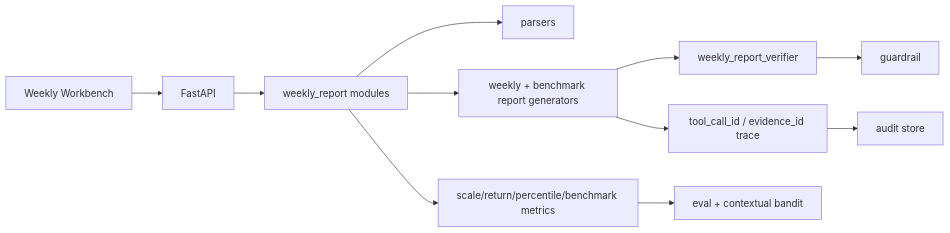
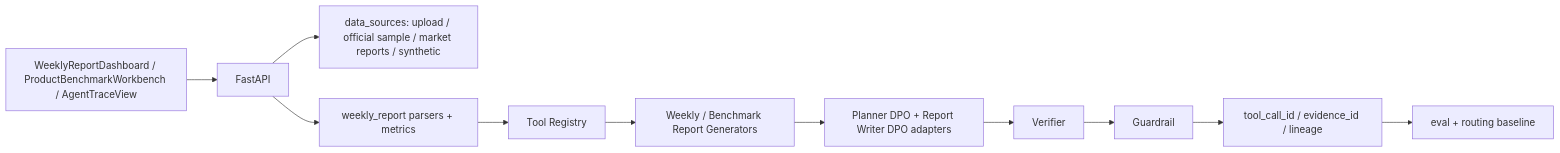
Before and after one commit to cxy-peter/Wealth-management-Agent: the diagram in README.md, drawn with Mermaid. The commit also changed other lines of this file and 85 other files, not shown here.

````diff
--- a/README.md
+++ b/README.md
@@ -40,13 +72,13 @@
 ```mermaid
 flowchart LR
-  UI["Weekly Workbench"] --> API["FastAPI"]
-  API --> Weekly["weekly_report modules"]
-  Weekly --> Parser["parsers"]
-  Weekly --> Metrics["scale/return/percentile/benchmark metrics"]
-  Weekly --> Generator["weekly + benchmark report generators"]
-  Generator --> Verifier["weekly_report_verifier"]
-  Verifier --> Guardrail["guardrail"]
-  Generator --> Trace["tool_call_id / evidence_id trace"]
-  Trace --> SQLite["audit store"]
-  Metrics --> Eval["eval + contextual bandit"]
+  UI["WeeklyReportDashboard / ProductBenchmarkWorkbench / AgentTraceView"] --> API["FastAPI"]
+  API --> DS["data_sources: upload / official sample / market reports / synthetic"]
+  API --> Weekly["weekly_report parsers + metrics"]
+  Weekly --> Tools["Tool Registry"]
+  Tools --> Reports["Weekly / Benchmark Report Generators"]
+  Reports --> DPO["Planner DPO + Report Writer DPO adapters"]
+  DPO --> Verifier["Verifier"]
+  Verifier --> Guardrail["Guardrail"]
+  Guardrail --> Trace["tool_call_id / evidence_id / lineage"]
+  Trace --> Eval["eval + routing baseline"]
 ```
````
